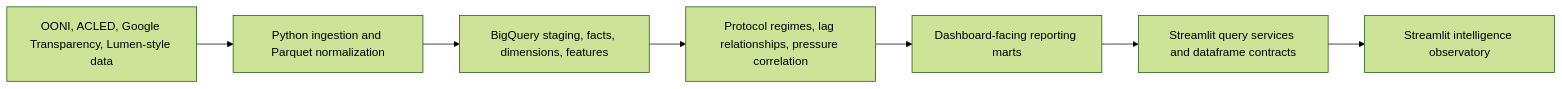
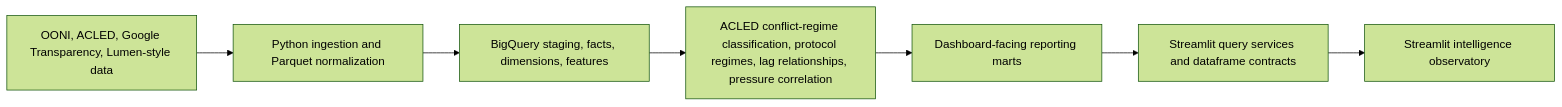
Before and after one commit to Sanjomwa/Civil-Liberties-and-Censorship-Analysis-with-Bruin: the diagram in README.md, drawn with Mermaid (forest theme). The commit also changed other lines of this file and 1 other file, not shown here.

````diff
--- a/README.md
+++ b/README.md
@@ -148,17 +141,17 @@
 ```mermaid
 flowchart LR
     Sources["OONI, ACLED, Google Transparency, Lumen-style data"]
     Ingest["Python ingestion and Parquet normalization"]
     Warehouse["BigQuery staging, facts, dimensions, features"]
-    Intelligence["Protocol regimes, lag relationships, pressure correlation"]
+    Intelligence["ACLED conflict-regime classification, protocol regimes, lag relationships, pressure correlation"]
     Reporting["Dashboard-facing reporting marts"]
     Contracts["Streamlit query services and dataframe contracts"]
     Dashboard["Streamlit intelligence observatory"]
 
     Sources --> Ingest
     Ingest --> Warehouse
     Warehouse --> Intelligence
     Intelligence --> Reporting
     Reporting --> Contracts
     Contracts --> Dashboard
 ```
````
